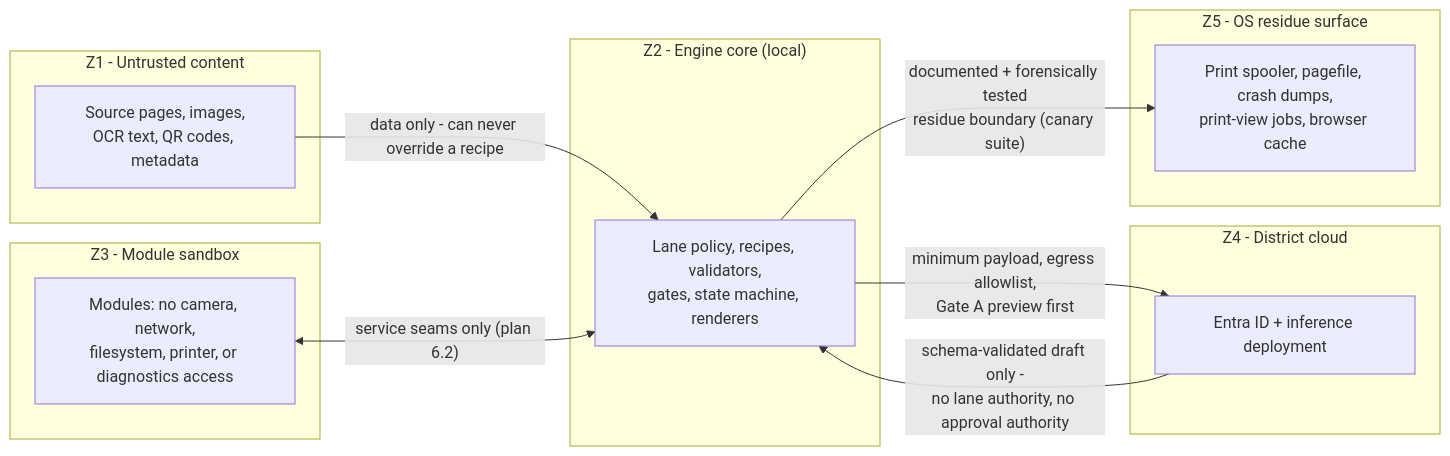
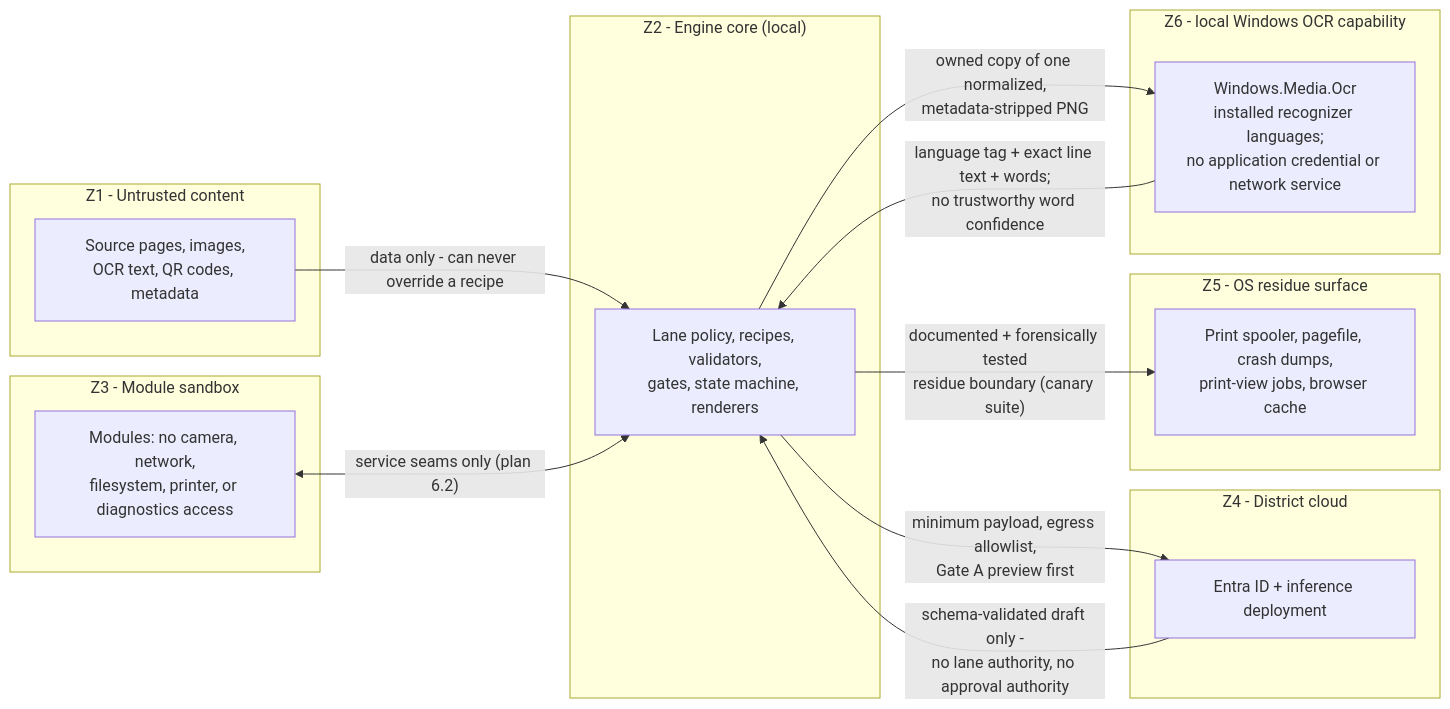
One commit to honest-ink-inc/open-classroom-foundry changed the second of 2 diagrams in docs/architecture/trust-boundaries.md. Above: the diagram before and after it, drawn with Mermaid. The commit also changed other lines of this file and 20 other files, not shown here.

````diff
--- a/docs/architecture/trust-boundaries.md
+++ b/docs/architecture/trust-boundaries.md
@@ -53,24 +56,29 @@
 ```mermaid
 flowchart LR
     subgraph Z1["Z1 - Untrusted content"]
         U["Source pages, images,<br/>OCR text, QR codes, metadata"]
     end
     subgraph Z2["Z2 - Engine core (local)"]
         E["Lane policy, recipes, validators,<br/>gates, state machine, renderers"]
     end
     subgraph Z3["Z3 - Module sandbox"]
         M["Modules: no camera, network,<br/>filesystem, printer, or diagnostics access"]
     end
     subgraph Z4["Z4 - District cloud"]
         C["Entra ID + inference deployment"]
     end
     subgraph Z5["Z5 - OS residue surface"]
         O["Print spooler, pagefile, crash dumps,<br/>print-view jobs, browser cache"]
     end
+    subgraph Z6["Z6 - local Windows OCR capability"]
+        W["Windows.Media.Ocr<br/>installed recognizer languages;<br/>no application credential or network service"]
+    end
 
     U -->|"data only - can never override a recipe"| E
     M <-->|"service seams only (plan 6.2)"| E
     E -->|"minimum payload, egress allowlist,<br/>Gate A preview first"| C
     C -->|"schema-validated draft only -<br/>no lane authority, no approval authority"| E
     E -->|"documented + forensically tested<br/>residue boundary (canary suite)"| O
+    E -->|"owned copy of one normalized,<br/>metadata-stripped PNG"| W
+    W -->|"language tag + exact line text + words;<br/>no trustworthy word confidence"| E
 ```
````
